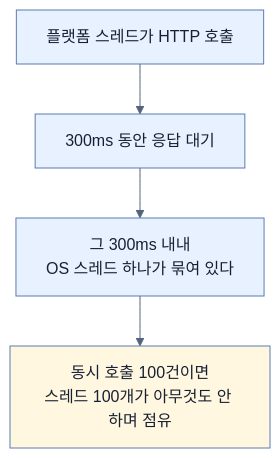
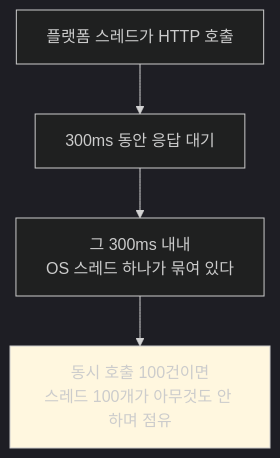
The first of 3 diagrams in spring-boot-4-pdf-notes/part-4-scaling-an-application-with-spring-boot/chapter-11-virtual-threads-in-java-and-spring-boot/04-using-virtual-threads-with-restclient.md (sing-u8/Learning_Spring_Boot_4), drawn with Mermaid before and after one commit. The commit also changed other lines of this file and 450 other files, not shown here.

````diff
--- a/spring-boot-4-pdf-notes/part-4-scaling-an-application-with-spring-boot/chapter-11-virtual-threads-in-java-and-spring-boot/04-using-virtual-threads-with-restclient.md
+++ b/spring-boot-4-pdf-notes/part-4-scaling-an-application-with-spring-boot/chapter-11-virtual-threads-in-java-and-spring-boot/04-using-virtual-threads-with-restclient.md
@@ -37,8 +37,8 @@
 ```mermaid
-%%{init: {'theme': 'base', 'themeVariables': {'background': '#ffffff', 'primaryColor': '#e8f1ff', 'primaryTextColor': '#172033', 'primaryBorderColor': '#5b7db1', 'lineColor': '#52647a', 'secondaryColor': '#fff7df', 'tertiaryColor': '#fff7df'}}}%%
+%%{init: {'theme': 'dark'}}%%
 flowchart TD
     A["플랫폼 스레드가 HTTP 호출"] --> B["300ms 동안 응답 대기"]
     B --> C["그 300ms 내내<br/>OS 스레드 하나가 묶여 있다"]
     C --> D["동시 호출 100건이면<br/>스레드 100개가 아무것도 안 하며 점유"]
     style D fill:#fff7df
 ```
````
